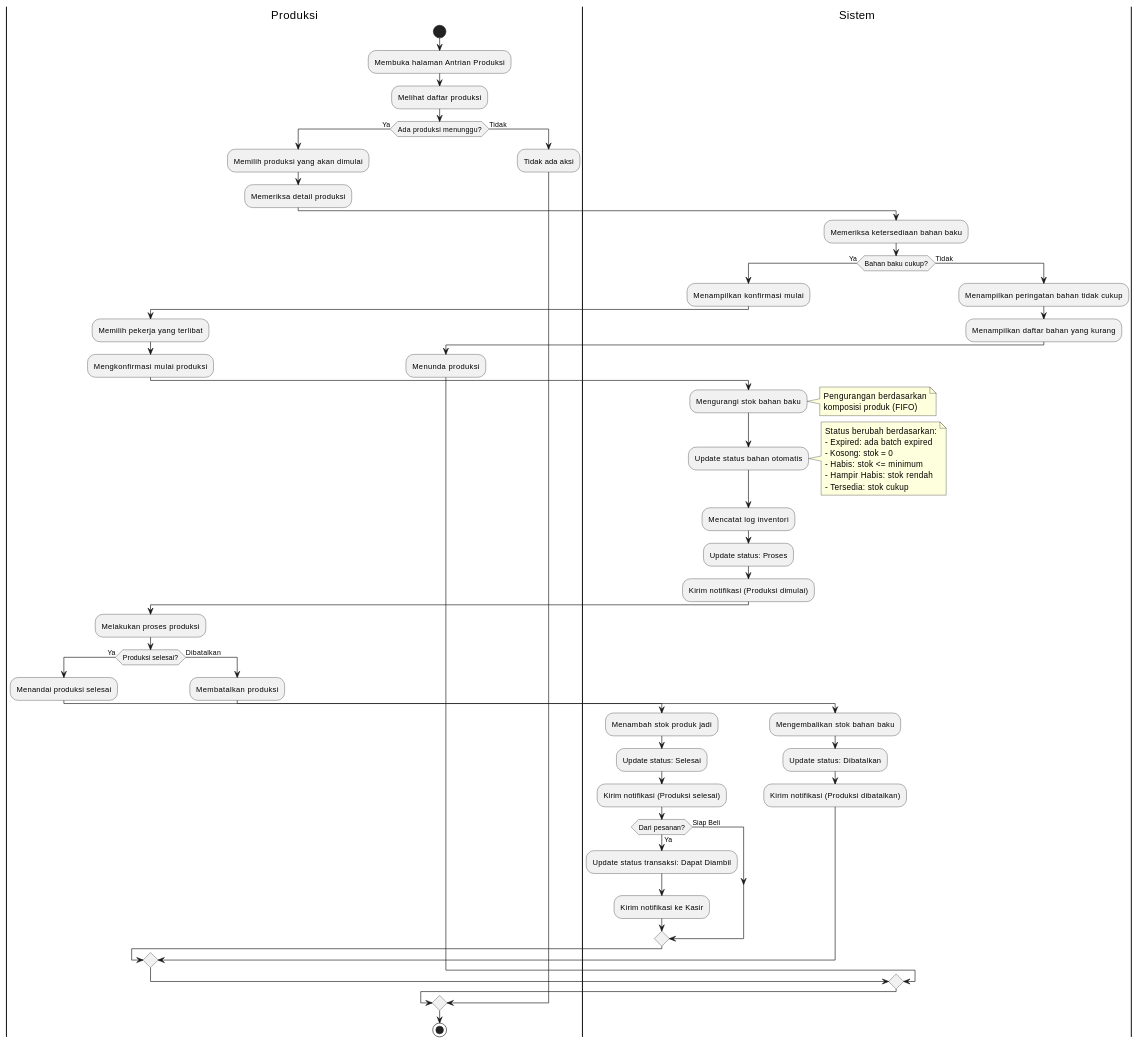
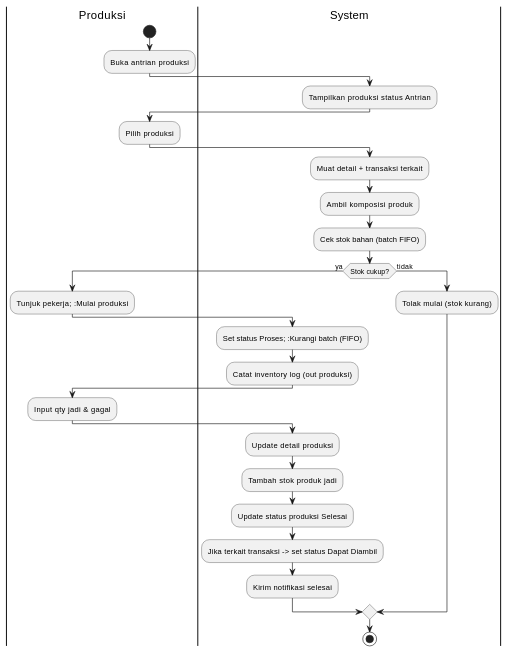
One commit to pawon3d/pawon3d changed the sixth of 9 diagrams in docs/diagrams/02_ACTIVITY_DIAGRAM.md. Above: the diagram before and after it, drawn with PlantUML. The commit also changed other lines of this file and 155 other files, not shown here.

````diff
--- a/docs/diagrams/02_ACTIVITY_DIAGRAM.md
+++ b/docs/diagrams/02_ACTIVITY_DIAGRAM.md
@@ -494,85 +195,34 @@
 ```plantuml
-@startuml Activity Diagram - Proses Produksi
-
+@startuml Activity - Produksi
 |Produksi|
 start
-:Membuka halaman Antrian Produksi;
-:Melihat daftar produksi;
-
-if (Ada produksi menunggu?) then (Ya)
-    :Memilih produksi yang akan dimulai;
-    :Memeriksa detail produksi;
-
-    |Sistem|
-    :Memeriksa ketersediaan bahan baku;
-
-    if (Bahan baku cukup?) then (Ya)
-        :Menampilkan konfirmasi mulai;
-
-        |Produksi|
-        :Memilih pekerja yang terlibat;
-        :Mengkonfirmasi mulai produksi;
-
-        |Sistem|
-        :Mengurangi stok bahan baku;
-        note right
-          Pengurangan berdasarkan
-          komposisi produk (FIFO)
-        end note
-        :Update status bahan otomatis;
-        note right
-          Status berubah berdasarkan:
-          - Expired: ada batch expired
-          - Kosong: stok = 0
-          - Habis: stok <= minimum
-          - Hampir Habis: stok rendah
-          - Tersedia: stok cukup
-        end note
-        :Mencatat log inventori;
-        :Update status: Proses;
-        :Kirim notifikasi (Produksi dimulai);
-
-        |Produksi|
-        :Melakukan proses produksi;
-
-        if (Produksi selesai?) then (Ya)
-            :Menandai produksi selesai;
-
-            |Sistem|
-            :Menambah stok produk jadi;
-            :Update status: Selesai;
-            :Kirim notifikasi (Produksi selesai);
-
-            if (Dari pesanan?) then (Ya)
-                :Update status transaksi: Dapat Diambil;
-                :Kirim notifikasi ke Kasir;
-            else (Siap Beli)
-            endif
-
-        else (Dibatalkan)
-            |Produksi|
-            :Membatalkan produksi;
-
-            |Sistem|
-            :Mengembalikan stok bahan baku;
-            :Update status: Dibatalkan;
-            :Kirim notifikasi (Produksi dibatalkan);
-        endif
-
-    else (Tidak)
-        |Sistem|
-        :Menampilkan peringatan bahan tidak cukup;
-        :Menampilkan daftar bahan yang kurang;
-
-        |Produksi|
-        :Menunda produksi;
-    endif
-
-else (Tidak)
-    :Tidak ada aksi;
+:Buka antrian produksi;
+|System|
+:Tampilkan produksi status Antrian;
+|Produksi|
+:Pilih produksi;
+|System|
+:Muat detail + transaksi terkait;
+:Ambil komposisi produk;
+:Cek stok bahan (batch FIFO);
+if (Stok cukup?) then (ya)
+    |Produksi|
+    :Tunjuk pekerja; :Mulai produksi;
+    |System|
+    :Set status Proses; :Kurangi batch (FIFO);
+    :Catat inventory log (out produksi);
+    |Produksi|
+    :Input qty jadi & gagal;
+    |System|
+    :Update detail produksi;
+    :Tambah stok produk jadi;
+    :Update status produksi Selesai;
+    :Jika terkait transaksi -> set status Dapat Diambil;
+    :Kirim notifikasi selesai;
+else (tidak)
+    |System|
+    :Tolak mulai (stok kurang);
 endif
-
 stop
-
 @enduml
 ```
````
